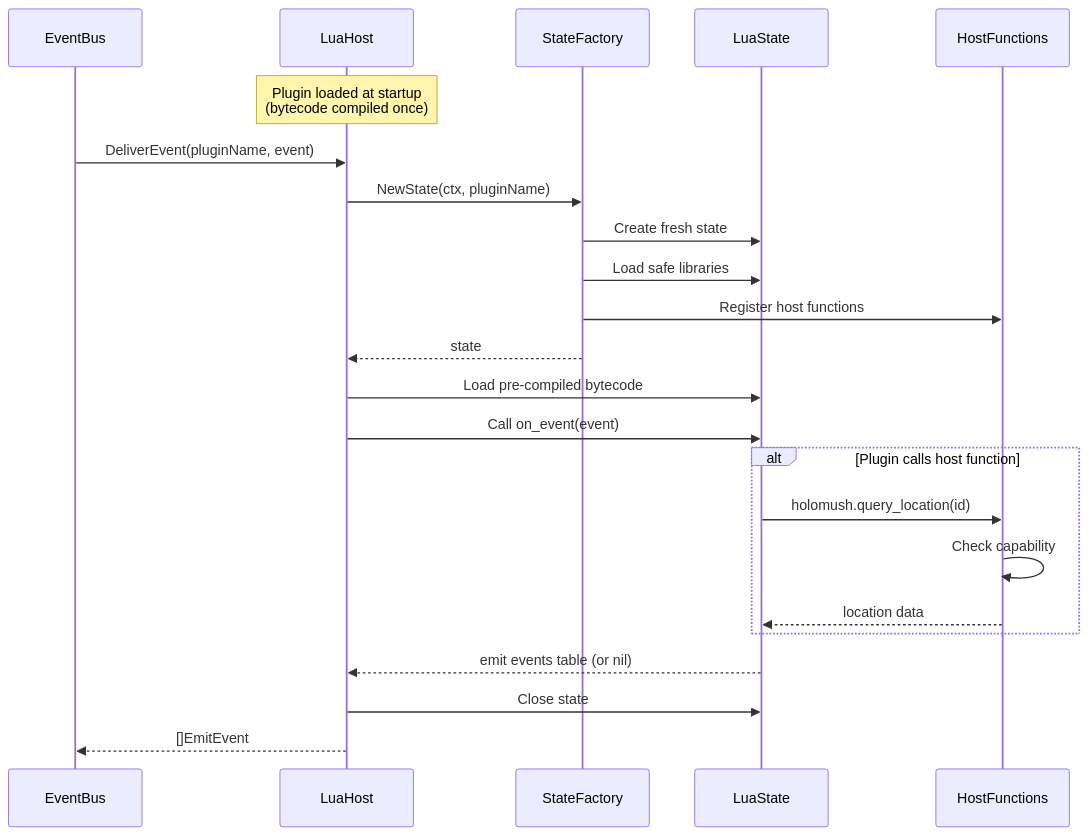
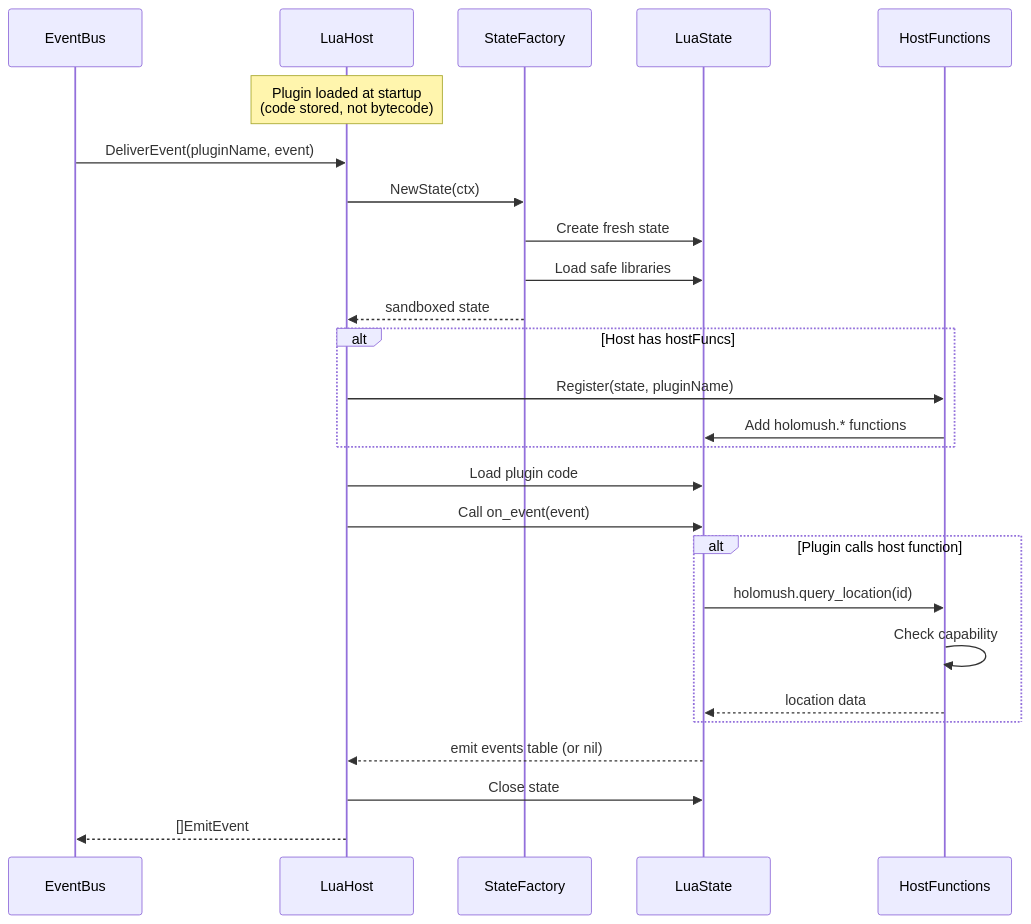
One commit to holomush/holomush changed the first of 2 diagrams in docs/specs/2026-01-18-plugin-system-design.md. Above: the diagram before and after it, drawn with Mermaid. The commit also changed other lines of this file and 2 other files, not shown here.

First line of the commit message:
feat(plugin): integrate host functions with LuaHost (#25)

````diff
--- a/docs/specs/2026-01-18-plugin-system-design.md
+++ b/docs/specs/2026-01-18-plugin-system-design.md
@@ -473,30 +466,34 @@
 ```mermaid
 sequenceDiagram
     participant EB as EventBus
     participant LH as LuaHost
     participant SF as StateFactory
     participant LS as LuaState
     participant HF as HostFunctions
 
-    Note over LH: Plugin loaded at startup<br/>(bytecode compiled once)
+    Note over LH: Plugin loaded at startup<br/>(code stored, not bytecode)
 
     EB->>LH: DeliverEvent(pluginName, event)
-    LH->>SF: NewState(ctx, pluginName)
+    LH->>SF: NewState(ctx)
     SF->>LS: Create fresh state
     SF->>LS: Load safe libraries
-    SF->>HF: Register host functions
-    SF-->>LH: state
+    SF-->>LH: sandboxed state
 
-    LH->>LS: Load pre-compiled bytecode
+    alt Host has hostFuncs
+        LH->>HF: Register(state, pluginName)
+        HF->>LS: Add holomush.* functions
+    end
+
+    LH->>LS: Load plugin code
     LH->>LS: Call on_event(event)
 
     alt Plugin calls host function
         LS->>HF: holomush.query_location(id)
         HF->>HF: Check capability
         HF-->>LS: location data
     end
 
     LS-->>LH: emit events table (or nil)
     LH->>LS: Close state
     LH-->>EB: []EmitEvent
 ```
````
